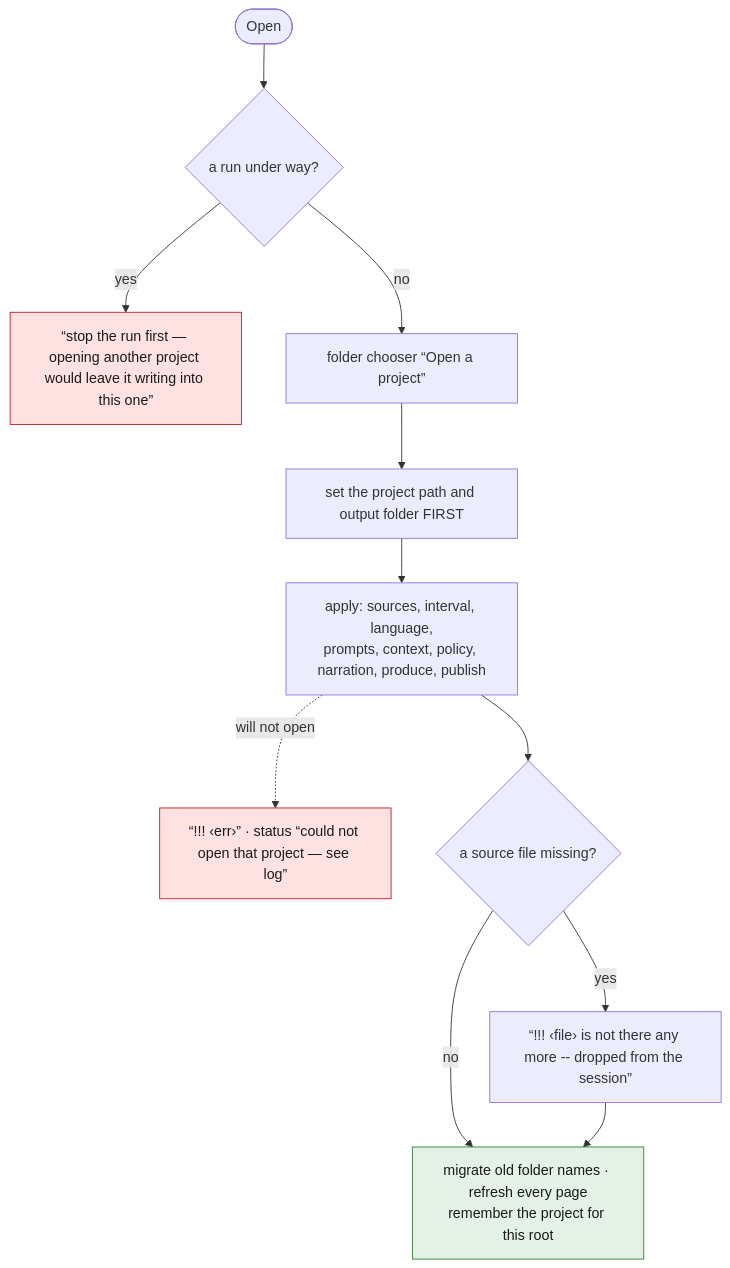
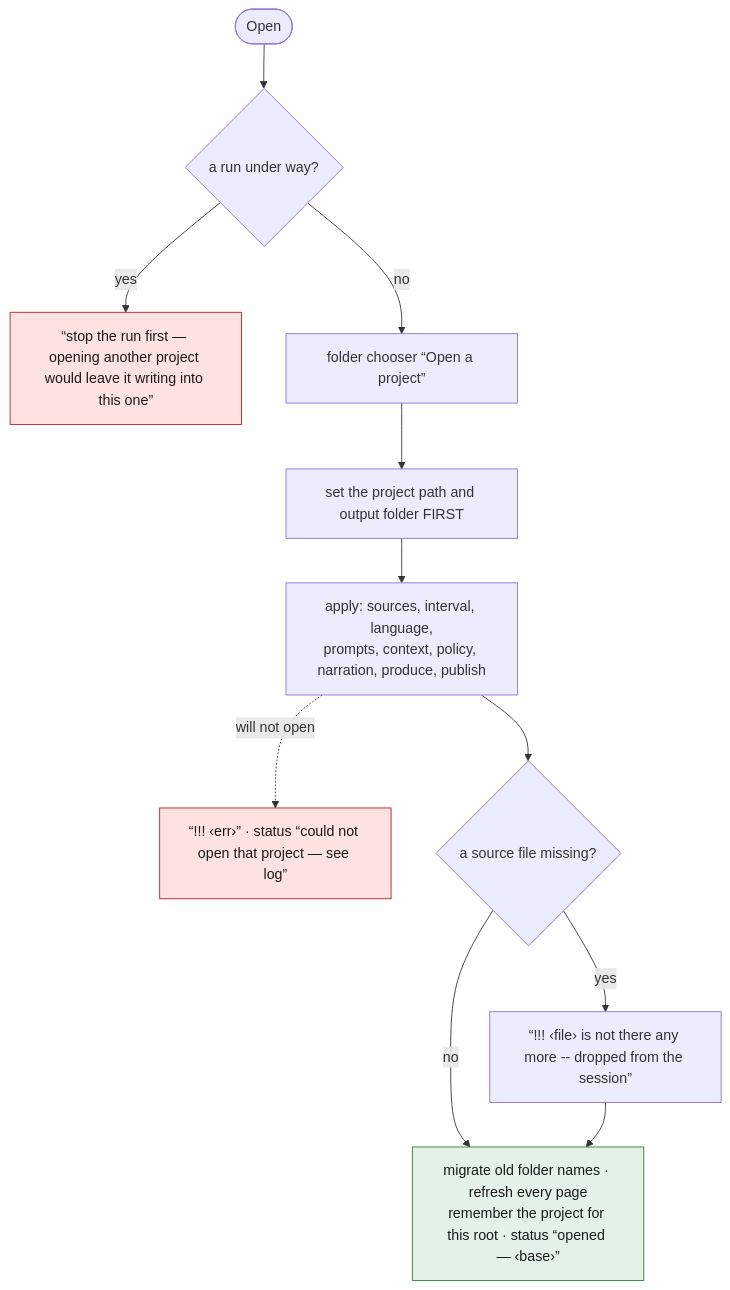
The eighth of 12 diagrams in spec/03-shell.md (tbocek/naivepost), drawn with Mermaid before and after one commit. The commit also changed other lines of this file and 19 other files, not shown here.

````diff
--- a/spec/03-shell.md
+++ b/spec/03-shell.md
@@ -192,15 +192,15 @@
 ```mermaid
 flowchart TD
   A(["Open"]) --> R{"a run under way?"}
   R -- yes --> R1["“stop the run first — opening another project would leave it writing into this one”"]:::refuse
   R -- no --> B["folder chooser “Open a project”"]
   B --> P["set the project path and output folder FIRST"]
   P --> AP["apply: sources, interval, language,<br/>prompts, context, policy, narration, produce, publish"]
   AP -. will not open .-> RF["“!!! ‹err›” · status “could not open that project — see log”"]:::refuse
   AP --> MS{"a source file missing?"}
   MS -- yes --> DR["“!!! ‹file› is not there any more -- dropped from the session”"]
   MS -- no --> MG
-  DR --> MG["migrate old folder names · refresh every page<br/>remember the project for this root"]:::done
+  DR --> MG["migrate old folder names · refresh every page<br/>remember the project for this root · status “opened — ‹base›”"]:::done
   classDef refuse fill:#fde2e1,stroke:#c01c28,color:#1a1a1a
   classDef done fill:#e3f1e6,stroke:#2e7d32,color:#1a1a1a
 ```
````
